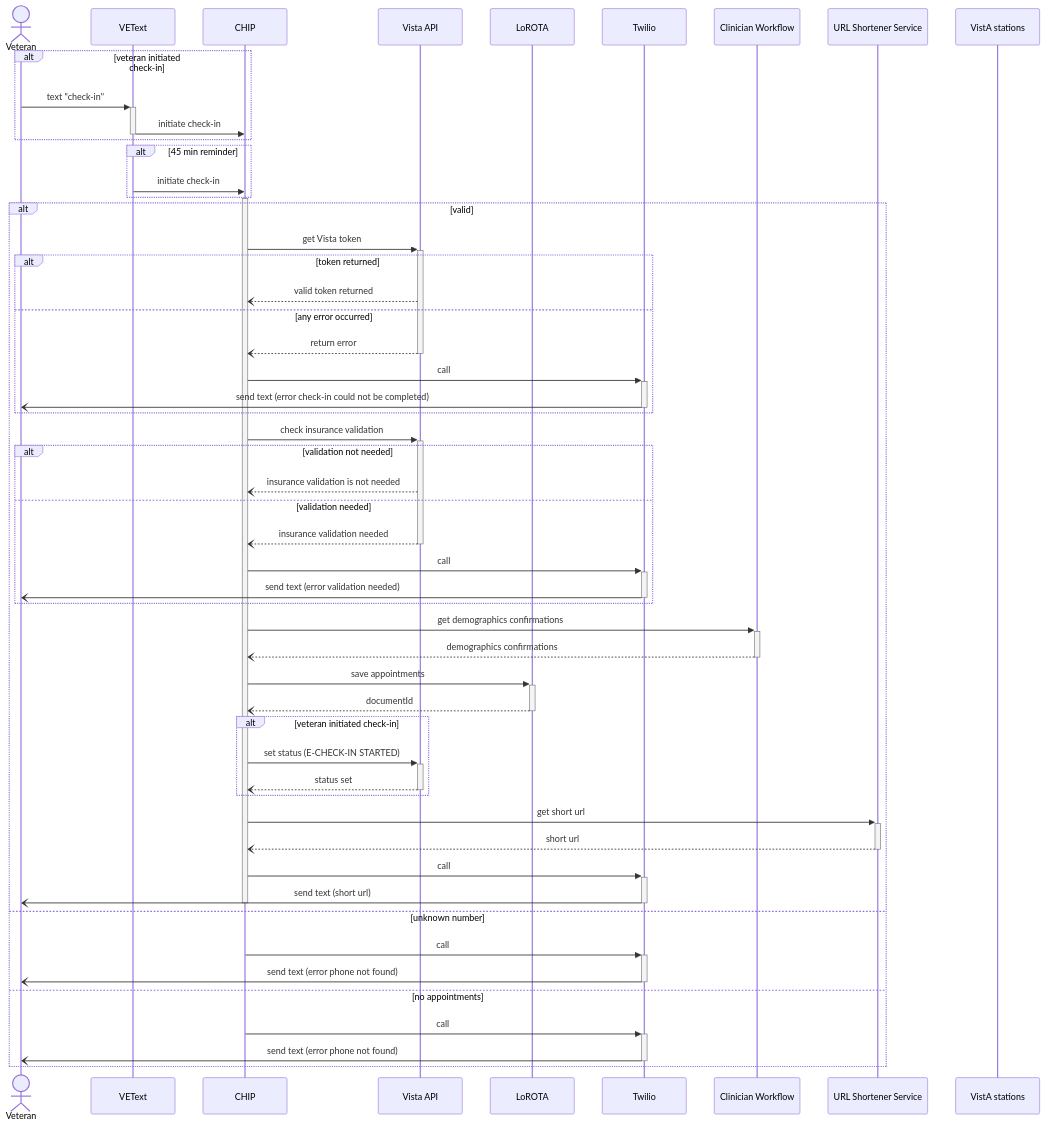
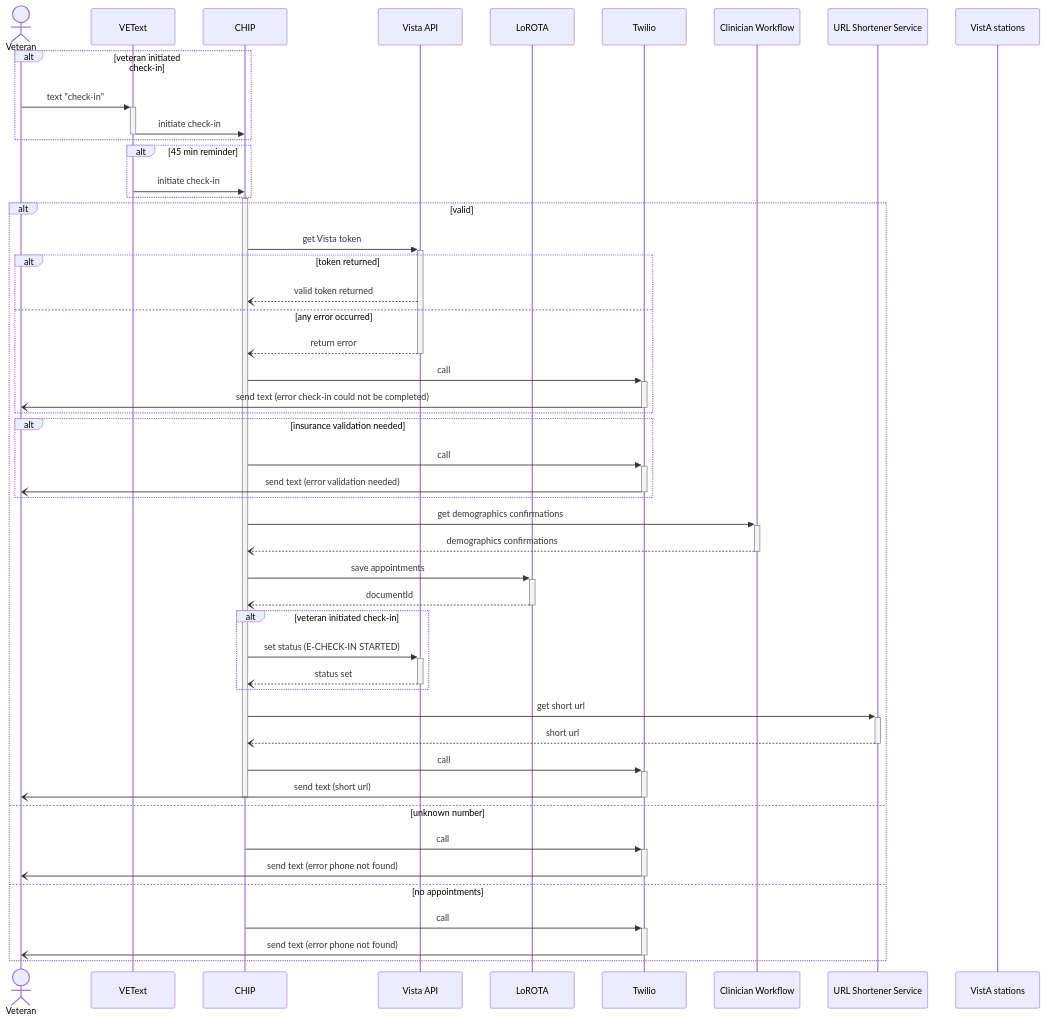
Before and after one commit to department-of-veterans-affairs/va.gov-team: the first of 4 diagrams in products/health-care/checkin/engineering/architecture-diagrams/sequenceDiagram_checkInExp.md, drawn with Mermaid.

````diff
--- a/products/health-care/checkin/engineering/architecture-diagrams/sequenceDiagram_checkInExp.md
+++ b/products/health-care/checkin/engineering/architecture-diagrams/sequenceDiagram_checkInExp.md
@@ -10,58 +10,54 @@
 ```mermaid
 sequenceDiagram
     actor vet as Veteran
     participant vt as VEText
     participant c as CHIP
     participant va as Vista API
     participant l as LoROTA
     participant t as Twilio
     participant cw as Clinician Workflow
     participant url as URL Shortener Service
     participant vas as VistA stations
 
     alt veteran initiated check-in
     vet->>+vt: text "check-in"
     vt->>-c: initiate check-in
     end
     alt 45 min reminder
     vt->>c: initiate check-in
     end
     activate c
     alt valid
       c->>+va: get Vista token
       alt token returned
         va--)c: valid token returned
       else any error occurred
         va--)-c: return error
         c->>+t: call
         t-)-vet: send text (error check-in could not be completed)
       end
-      c->>+va: check insurance validation
-      alt validation not needed
-        va--)c: insurance validation is not needed
-      else validation needed
-        va--)-c: insurance validation needed
+      alt insurance validation needed
         c->>+t: call
         t-)-vet: send text (error validation needed)
       end
       c->>+cw: get demographics confirmations
       cw--)-c: demographics confirmations
       c->>+l: save appointments
       l--)-c: documentId
       alt veteran initiated check-in
         c->>+va: set status (E-CHECK-IN STARTED)
         va--)-c: status set
       end
       c->>+url: get short url
       url--)-c: short url
       c->>+t: call
       t-)-vet: send text (short url)
       deactivate c
     else unknown number
       c->>+t: call
       t-)-vet: send text (error phone not found)
     else no appointments
       c->>+t: call
       t-)-vet: send text (error phone not found)
     end
 ```
````
